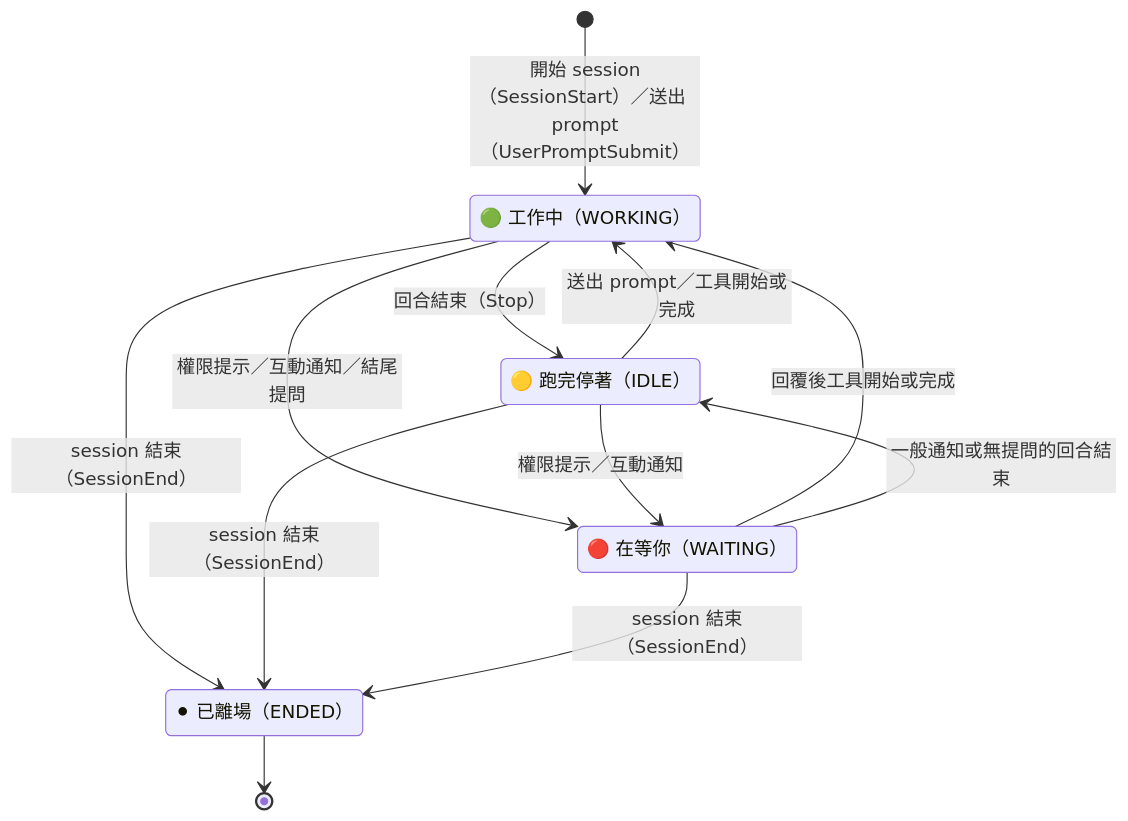
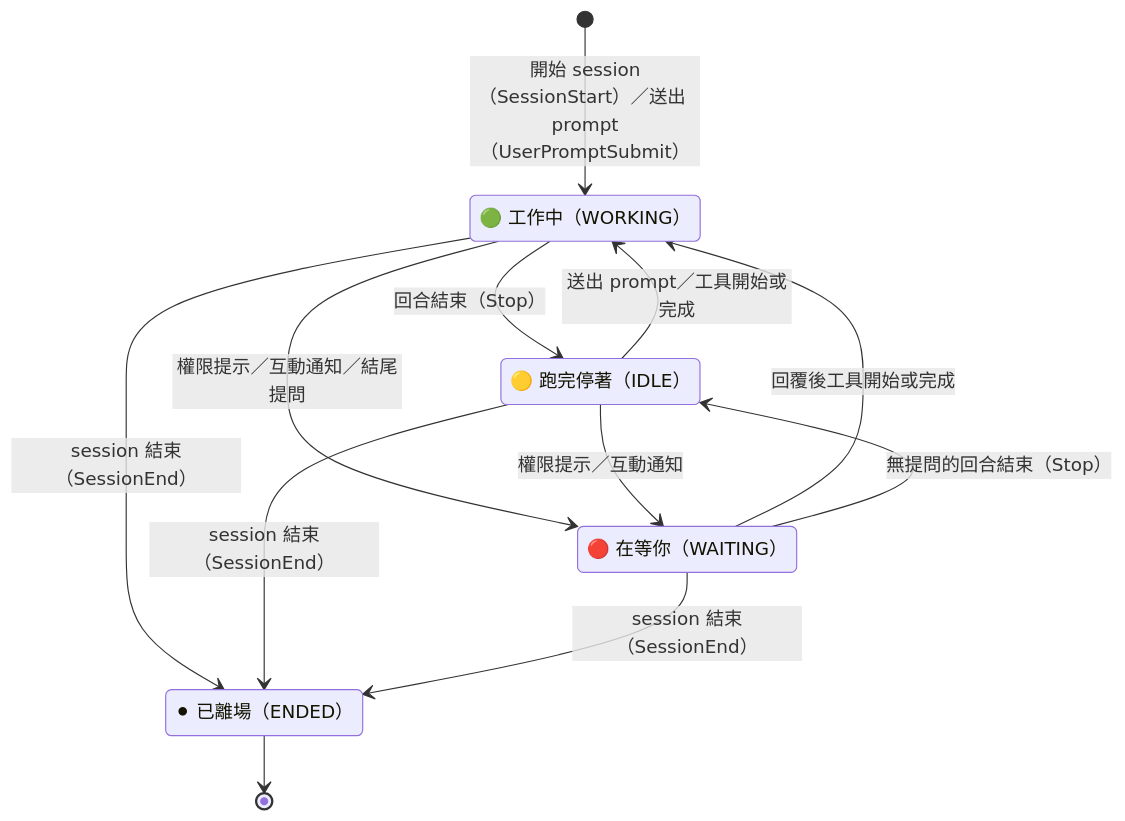
Before and after one commit to Lee-W/ring: the diagram in docs/session-states.md, drawn with Mermaid. The commit also changed other lines of this file and 5 other files, not shown here.

````diff
--- a/docs/session-states.md
+++ b/docs/session-states.md
@@ -13,19 +13,19 @@
 ```mermaid
 stateDiagram-v2
     state "🟢 工作中（WORKING）" as WORKING
     state "🟡 跑完停著（IDLE）" as IDLE
     state "🔴 在等你（WAITING）" as WAITING
     state "⚫ 已離場（ENDED）" as ENDED
 
     [*] --> WORKING: 開始 session（SessionStart）／送出 prompt（UserPromptSubmit）
     WORKING --> IDLE: 回合結束（Stop）
     IDLE --> WORKING: 送出 prompt／工具開始或完成
     WAITING --> WORKING: 回覆後工具開始或完成
     WORKING --> WAITING: 權限提示／互動通知／結尾提問
     IDLE --> WAITING: 權限提示／互動通知
-    WAITING --> IDLE: 一般通知或無提問的回合結束
+    WAITING --> IDLE: 無提問的回合結束（Stop）
     WORKING --> ENDED: session 結束（SessionEnd）
     IDLE --> ENDED: session 結束（SessionEnd）
     WAITING --> ENDED: session 結束（SessionEnd）
     ENDED --> [*]
 ```
````
